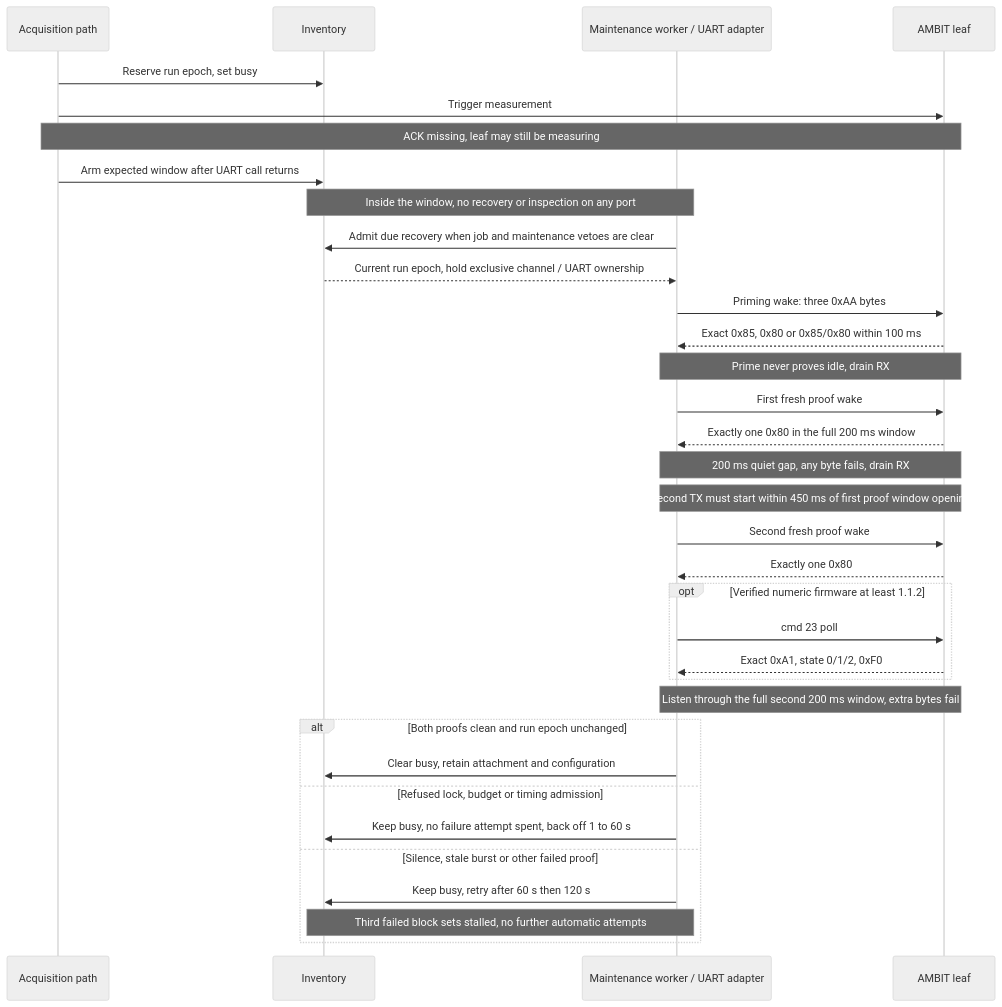
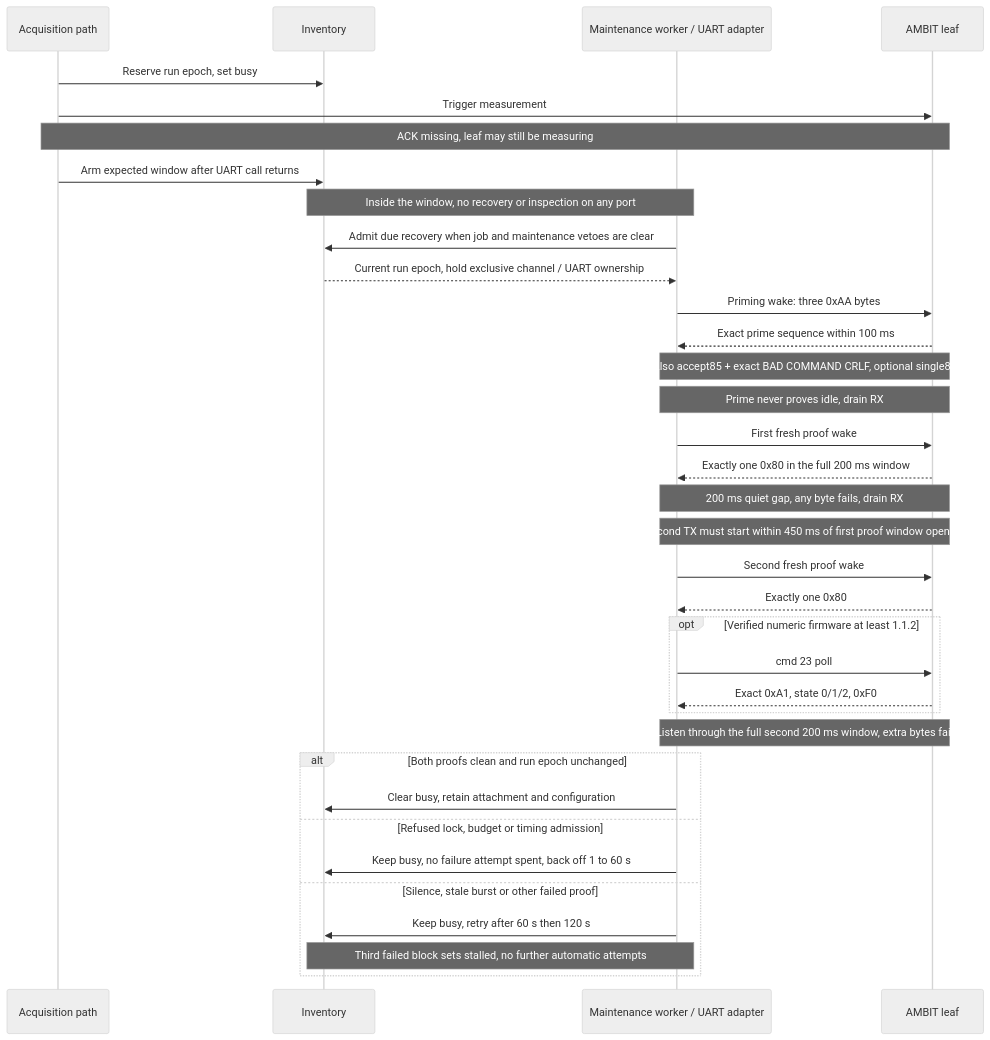
The sixth of 7 diagrams in docs/usb-maintenance.md (Jan-IngenHousz-Institute/ambyte-iot), drawn with Mermaid (neutral theme) before and after one commit. The commit also changed other lines of this file and 12 other files, not shown here.

Commit message:
fix(sensors): normalize exact cold-wake prime notices

````diff
--- a/docs/usb-maintenance.md
+++ b/docs/usb-maintenance.md
@@ -1032,36 +1032,37 @@
 ```mermaid
 sequenceDiagram
     participant A as Acquisition path
     participant I as Inventory
     participant W as Maintenance worker / UART adapter
     participant L as AMBIT leaf
     A->>I: Reserve run epoch, set busy
     A->>L: Trigger measurement
     Note over A,L: ACK missing, leaf may still be measuring
     A->>I: Arm expected window after UART call returns
     Note over I,W: Inside the window, no recovery or inspection on any port
     W->>I: Admit due recovery when job and maintenance vetoes are clear
     I-->>W: Current run epoch, hold exclusive channel / UART ownership
     W->>L: Priming wake: three 0xAA bytes
-    L-->>W: Exact 0x85, 0x80 or 0x85/0x80 within 100 ms
+    L-->>W: Exact prime sequence within 100 ms
+    Note over W,L: Also accept85 + exact BAD COMMAND CRLF, optional single80
     Note over W,L: Prime never proves idle, drain RX
     W->>L: First fresh proof wake
     L-->>W: Exactly one 0x80 in the full 200 ms window
     Note over W,L: 200 ms quiet gap, any byte fails, drain RX
     Note over W,L: Second TX must start within 450 ms of first proof window opening
     W->>L: Second fresh proof wake
     L-->>W: Exactly one 0x80
     opt Verified numeric firmware at least 1.1.2
         W->>L: cmd 23 poll
         L-->>W: Exact 0xA1, state 0/1/2, 0xF0
     end
     Note over W,L: Listen through the full second 200 ms window, extra bytes fail
     alt Both proofs clean and run epoch unchanged
         W->>I: Clear busy, retain attachment and configuration
     else Refused lock, budget or timing admission
         W->>I: Keep busy, no failure attempt spent, back off 1 to 60 s
     else Silence, stale burst or other failed proof
         W->>I: Keep busy, retry after 60 s then 120 s
         Note over I,W: Third failed block sets stalled, no further automatic attempts
     end
 ```
````
